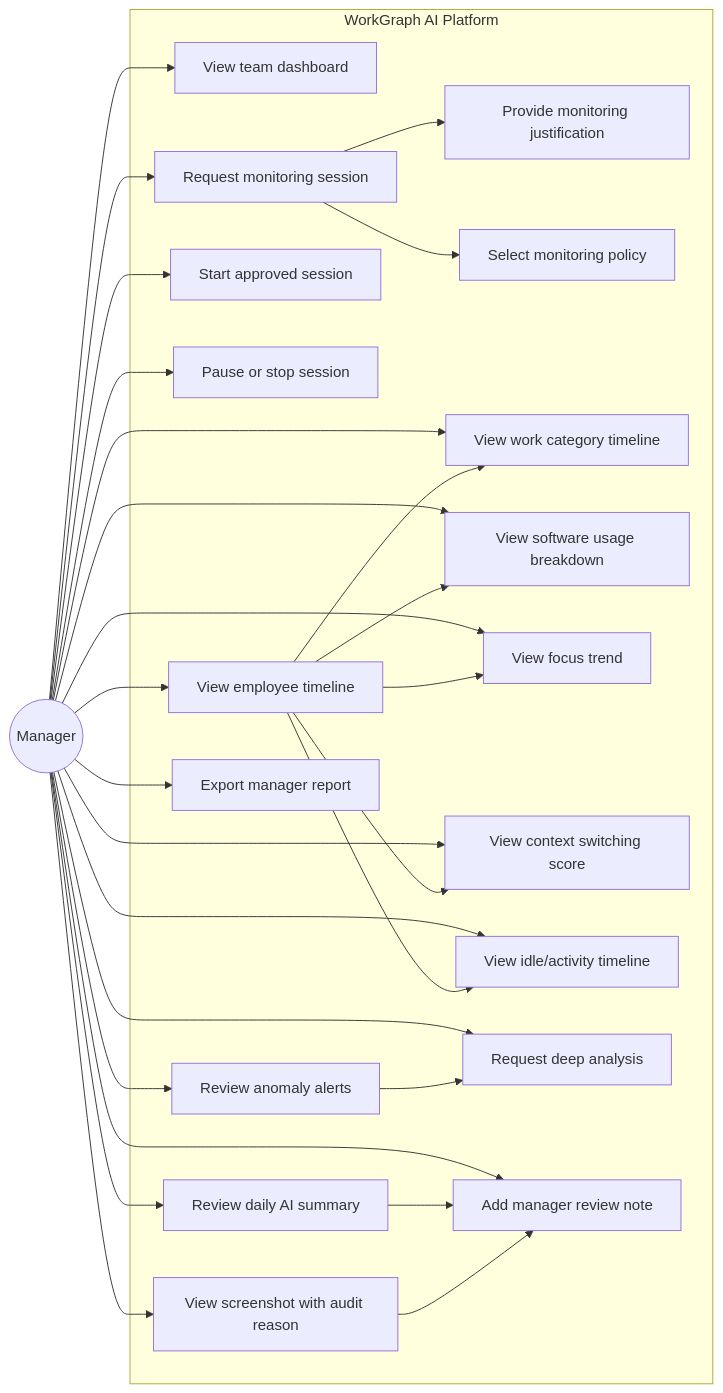
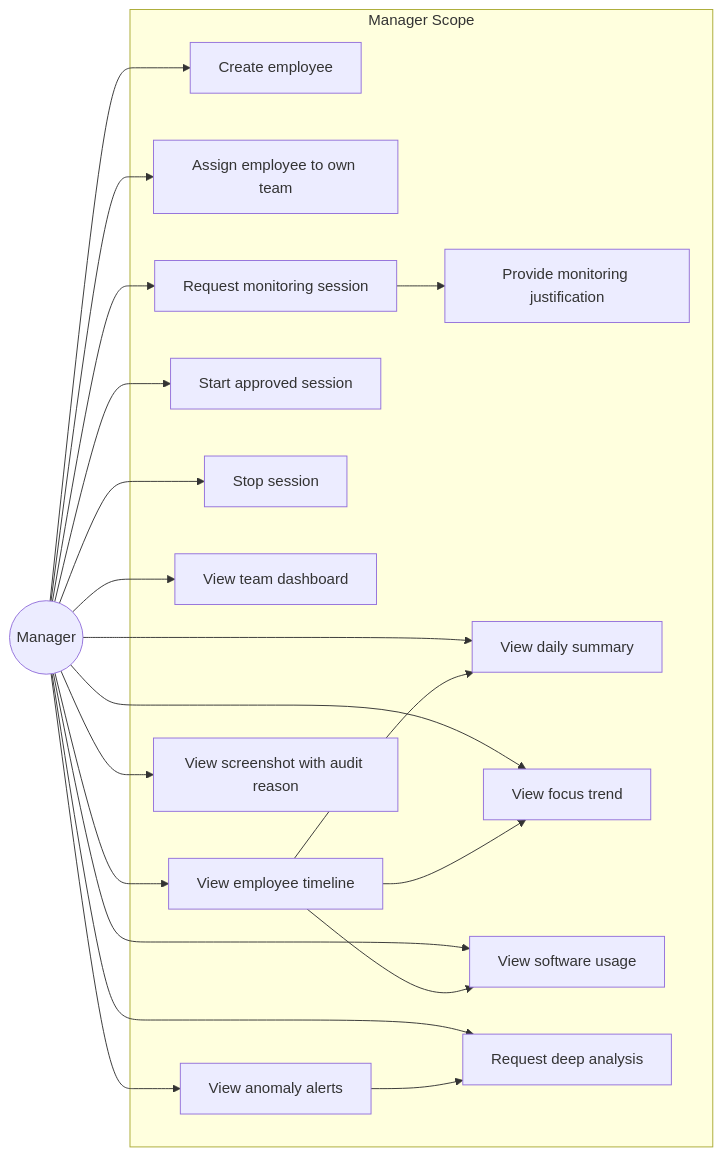
Before and after one commit to raminamoly/WorkGraph-AI: the third of 7 diagrams in docs/architecture/use-case-diagrams.md, drawn with Mermaid. The commit also changed other lines of this file, not shown here.

Commit message:
Simplify use case diagrams to MVP user hierarchy

````diff
--- a/docs/architecture/use-case-diagrams.md
+++ b/docs/architecture/use-case-diagrams.md
@@ -206,53 +130,41 @@
 ```mermaid
 flowchart LR
     Manager((Manager))
 
-    subgraph WorkGraphAI[WorkGraph AI Platform]
-        UC1[View team dashboard]
-        UC2[Request monitoring session]
-        UC3[Provide monitoring justification]
-        UC4[Select monitoring policy]
+    subgraph ManagerScope[Manager Scope]
+        UC1[Create employee]
+        UC2[Assign employee to own team]
+        UC3[Request monitoring session]
+        UC4[Provide monitoring justification]
         UC5[Start approved session]
-        UC6[Pause or stop session]
-        UC7[View employee timeline]
-        UC8[View work category timeline]
-        UC9[View software usage breakdown]
+        UC6[Stop session]
+        UC7[View team dashboard]
+        UC8[View employee timeline]
+        UC9[View daily summary]
         UC10[View focus trend]
-        UC11[View context switching score]
-        UC12[View idle/activity timeline]
-        UC13[Review daily AI summary]
-        UC14[Request deep analysis]
-        UC15[Review anomaly alerts]
-        UC16[View screenshot with audit reason]
-        UC17[Add manager review note]
-        UC18[Export manager report]
+        UC11[View software usage]
+        UC12[View anomaly alerts]
+        UC13[Request deep analysis]
+        UC14[View screenshot with audit reason]
     end
 
     Manager --> UC1
     Manager --> UC2
+    Manager --> UC3
     Manager --> UC5
     Manager --> UC6
     Manager --> UC7
     Manager --> UC8
     Manager --> UC9
     Manager --> UC10
     Manager --> UC11
     Manager --> UC12
     Manager --> UC13
     Manager --> UC14
-    Manager --> UC15
-    Manager --> UC16
-    Manager --> UC17
-    Manager --> UC18
 
-    UC2 --> UC3
-    UC2 --> UC4
-    UC7 --> UC8
-    UC7 --> UC9
-    UC7 --> UC10
-    UC7 --> UC11
-    UC7 --> UC12
-    UC13 --> UC17
-    UC15 --> UC14
-    UC16 --> UC17
+    UC3 --> UC4
+    UC8 --> UC9
+    UC8 --> UC10
+    UC8 --> UC11
+    UC12 --> UC13
 ```
````
